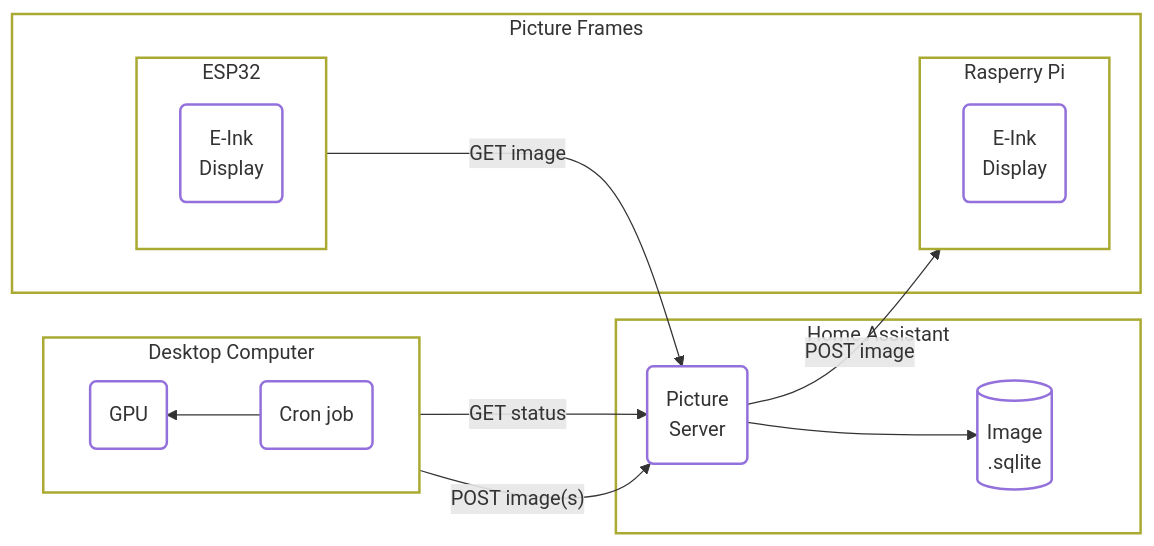
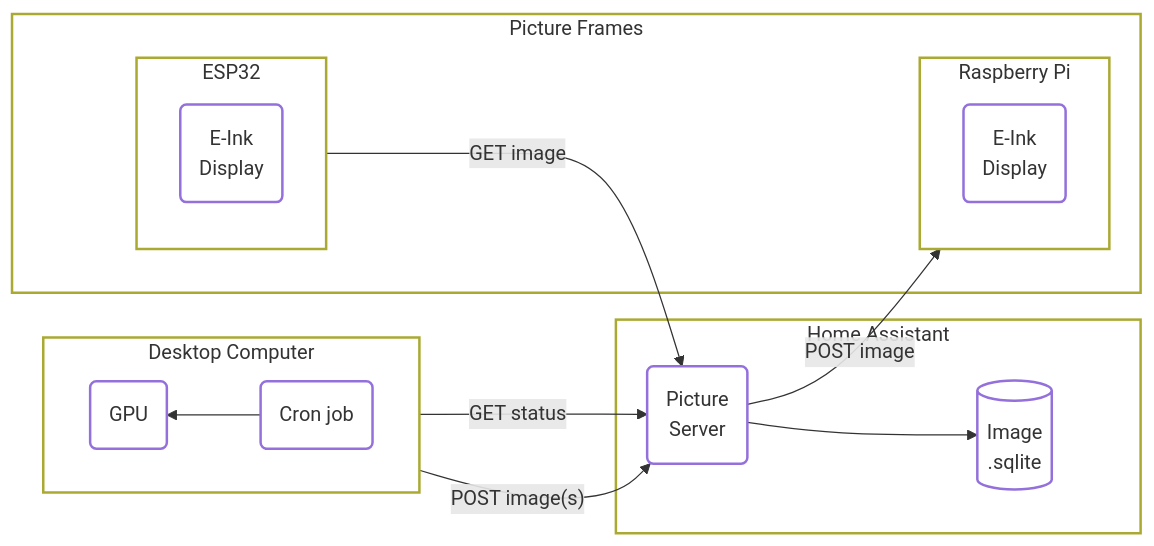
One commit to charnley/blog changed the diagram in _drafts/2025-03-02-building-your-own-ai-and-e-ink-powered-art-gallery-local.md. Above: the diagram before and after it, drawn with Mermaid. The commit also changed other lines of this file, not shown here.

````diff
--- a/_drafts/2025-03-02-building-your-own-ai-and-e-ink-powered-art-gallery-local.md
+++ b/_drafts/2025-03-02-building-your-own-ai-and-e-ink-powered-art-gallery-local.md
@@ -76,38 +79,38 @@
 ```mermaid
 graph LR
 
     subgraph Desktop [Desktop Computer]
-    direction RL
-    gpucron@{ shape: rounded, label: "Cron job" }
-    GPU@{ shape: rounded, label: "GPU" }
-    gpucron --> GPU
+      direction RL
+      gpucron@{ shape: rounded, label: "Cron job" }
+      GPU@{ shape: rounded, label: "GPU" }
+      gpucron --> GPU
     end
 
     subgraph HA [Home Assistant]
-    database@{ shape: db, label: "Image\n.sqlite" }
-    canvasserver@{ shape: rounded, label: "Picture\nServer" }
-    canvasserver --> database
+      database@{ shape: db, label: "Image\n.sqlite" }
+      canvasserver@{ shape: rounded, label: "Picture\nServer" }
+      canvasserver --> database
     end
 
     subgraph pictures [Picture Frames]
 
         subgraph esp32 [ESP32]
             esp32eink@{ shape: rounded, label: "E-Ink\nDisplay" }
         end
-        subgraph rpi [Rasperry Pi]
-            esp32pi@{ shape: rounded, label: "E-Ink\nDisplay" }
+        subgraph rpi [Raspberry Pi]
+            rpieink@{ shape: rounded, label: "E-Ink\nDisplay" }
         end
 
     end
 
     canvasserver -- "POST image" --> rpi
     esp32 -- GET image --> canvasserver
 
     gpucron -- "GET status" --> canvasserver
     gpucron -- POST image(s) --> canvasserver
    
     classDef default stroke-width:2px;
     classDef default fill: transparent;
     classDef ParentGraph fill: transparent, stroke-width:2px;
     class pictures,HA,Desktop,esp32,rpi ParentGraph
 ```
````
